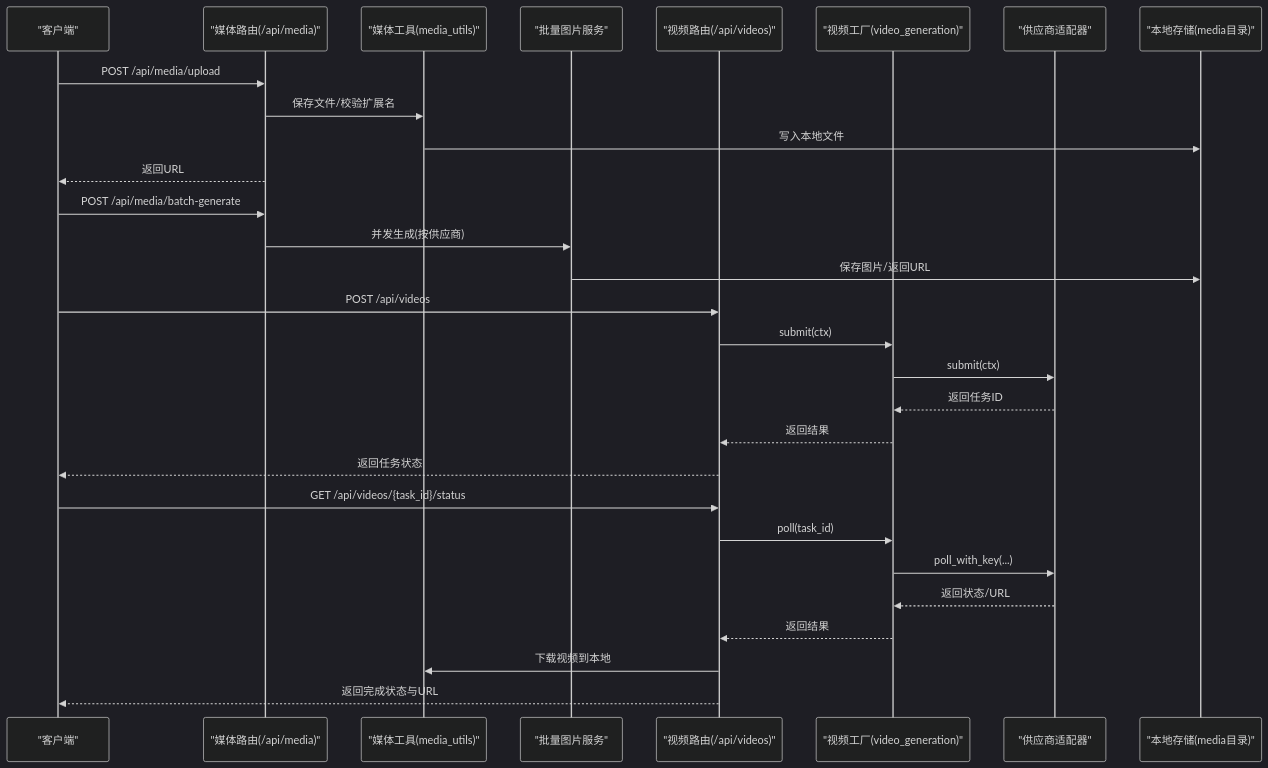
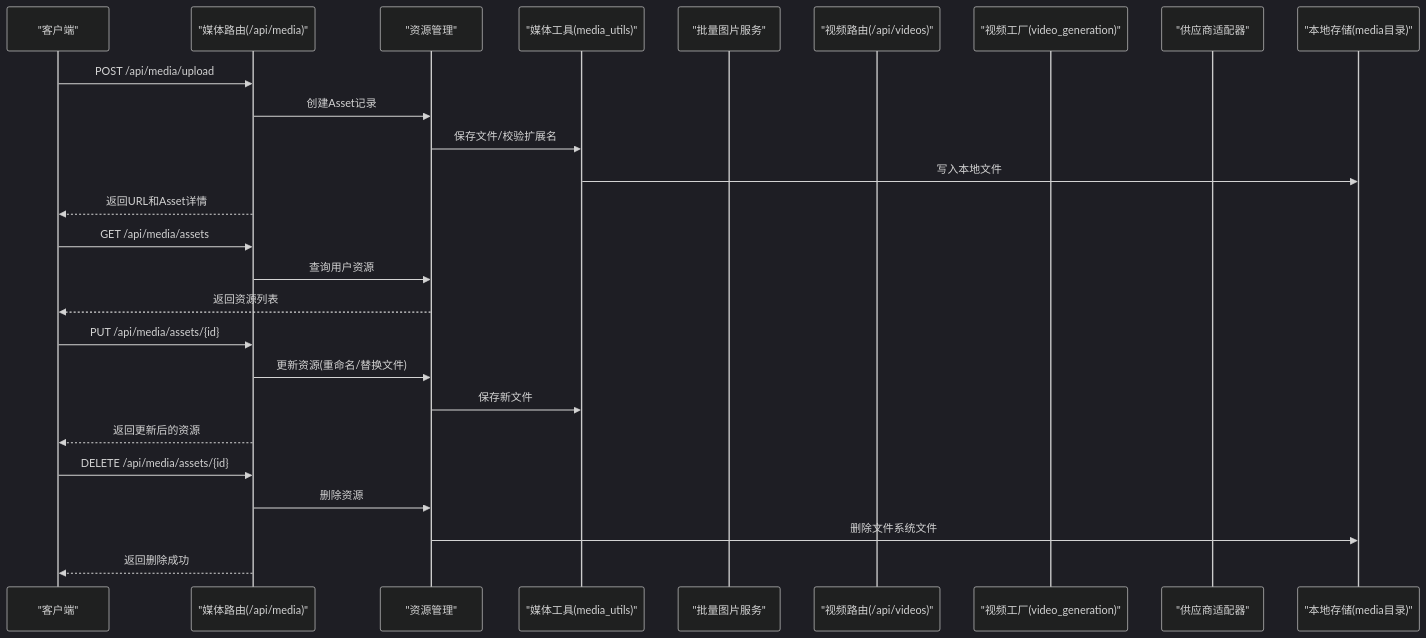
One commit to KunLabAI/KunFlix changed the second of 7 diagrams in .qoder/repowiki/zh/content/后端服务架构/API路由层/媒体处理路由.md. Above: the diagram before and after it, drawn with Mermaid (dark theme). The commit also changed other lines of this file and 20 other files, not shown here.

````diff
--- a/.qoder/repowiki/zh/content/后端服务架构/API路由层/媒体处理路由.md
+++ b/.qoder/repowiki/zh/content/后端服务架构/API路由层/媒体处理路由.md
@@ -139,31 +171,28 @@
 ```mermaid
 sequenceDiagram
 participant Client as "客户端"
 participant Media as "媒体路由(/api/media)"
+participant Asset as "资源管理"
 participant Util as "媒体工具(media_utils)"
 participant ImgSvc as "批量图片服务"
 participant Videos as "视频路由(/api/videos)"
 participant Factory as "视频工厂(video_generation)"
 participant Adapter as "供应商适配器"
 participant Store as "本地存储(media目录)"
 Client->>Media : POST /api/media/upload
-Media->>Util : 保存文件/校验扩展名
+Media->>Asset : 创建Asset记录
+Asset->>Util : 保存文件/校验扩展名
 Util->>Store : 写入本地文件
-Media-->>Client : 返回URL
-Client->>Media : POST /api/media/batch-generate
-Media->>ImgSvc : 并发生成(按供应商)
-ImgSvc->>Store : 保存图片/返回URL
-Client->>Videos : POST /api/videos
-Videos->>Factory : submit(ctx)
-Factory->>Adapter : submit(ctx)
-Adapter-->>Factory : 返回任务ID
-Factory-->>Videos : 返回结果
-Videos-->>Client : 返回任务状态
-Client->>Videos : GET /api/videos/{task_id}/status
-Videos->>Factory : poll(task_id)
-Factory->>Adapter : poll_with_key(...)
-Adapter-->>Factory : 返回状态/URL
-Factory-->>Videos : 返回结果
-Videos->>Util : 下载视频到本地
-Videos-->>Client : 返回完成状态与URL
+Media-->>Client : 返回URL和Asset详情
+Client->>Media : GET /api/media/assets
+Media->>Asset : 查询用户资源
+Asset-->>Client : 返回资源列表
+Client->>Media : PUT /api/media/assets/{id}
+Media->>Asset : 更新资源(重命名/替换文件)
+Asset->>Util : 保存新文件
+Media-->>Client : 返回更新后的资源
+Client->>Media : DELETE /api/media/assets/{id}
+Media->>Asset : 删除资源
+Asset->>Store : 删除文件系统文件
+Media-->>Client : 返回删除成功
 ```
````
